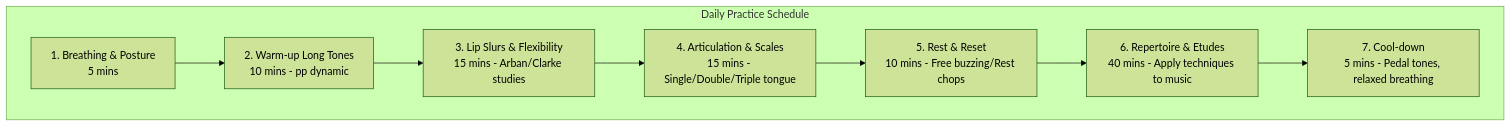
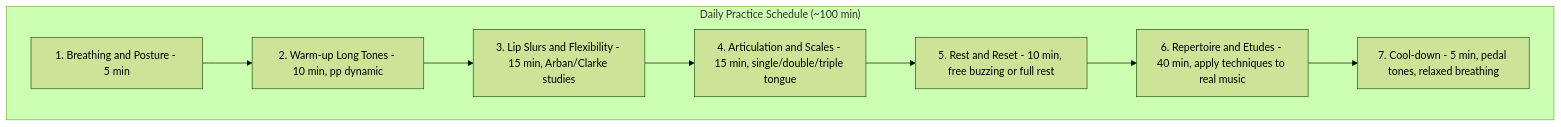
One commit to blebleblee/synapse changed the third of 3 diagrams in topics/arts/music_performance/brass/lesson_04_performance_practices.md. Above: the diagram before and after it, drawn with Mermaid (forest theme). The commit also changed other lines of this file and 4 other files, not shown here.

````diff
--- a/topics/arts/music_performance/brass/lesson_04_performance_practices.md
+++ b/topics/arts/music_performance/brass/lesson_04_performance_practices.md
@@ -178,11 +244,11 @@
 ```mermaid
 graph TD
-    subgraph sub_routine ["Daily Practice Schedule"]
-        A["1. Breathing & Posture<br/>5 mins"] --> B["2. Warm-up Long Tones<br/>10 mins - pp dynamic"]
-        B --> C["3. Lip Slurs & Flexibility<br/>15 mins - Arban/Clarke studies"]
-        C --> D["4. Articulation & Scales<br/>15 mins - Single/Double/Triple tongue"]
-        D --> E["5. Rest & Reset<br/>10 mins - Free buzzing/Rest chops"]
-        E --> F["6. Repertoire & Etudes<br/>40 mins - Apply techniques to music"]
-        F --> G["7. Cool-down<br/>5 mins - Pedal tones, relaxed breathing"]
+    subgraph sub_routine ["Daily Practice Schedule (~100 min)"]
+        A["1. Breathing and Posture - 5 min"] --> B["2. Warm-up Long Tones - 10 min, pp dynamic"]
+        B --> C["3. Lip Slurs and Flexibility - 15 min, Arban/Clarke studies"]
+        C --> D["4. Articulation and Scales - 15 min, single/double/triple tongue"]
+        D --> E["5. Rest and Reset - 10 min, free buzzing or full rest"]
+        E --> F["6. Repertoire and Etudes - 40 min, apply techniques to real music"]
+        F --> G["7. Cool-down - 5 min, pedal tones, relaxed breathing"]
     end
 ```
````
